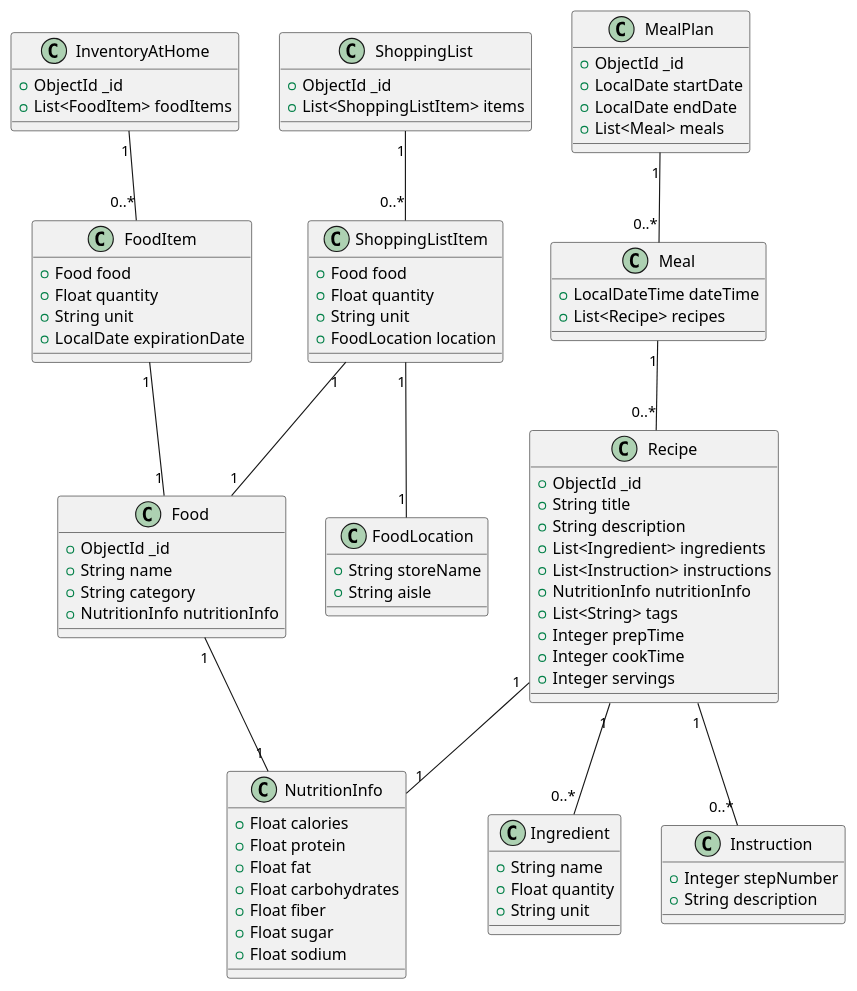
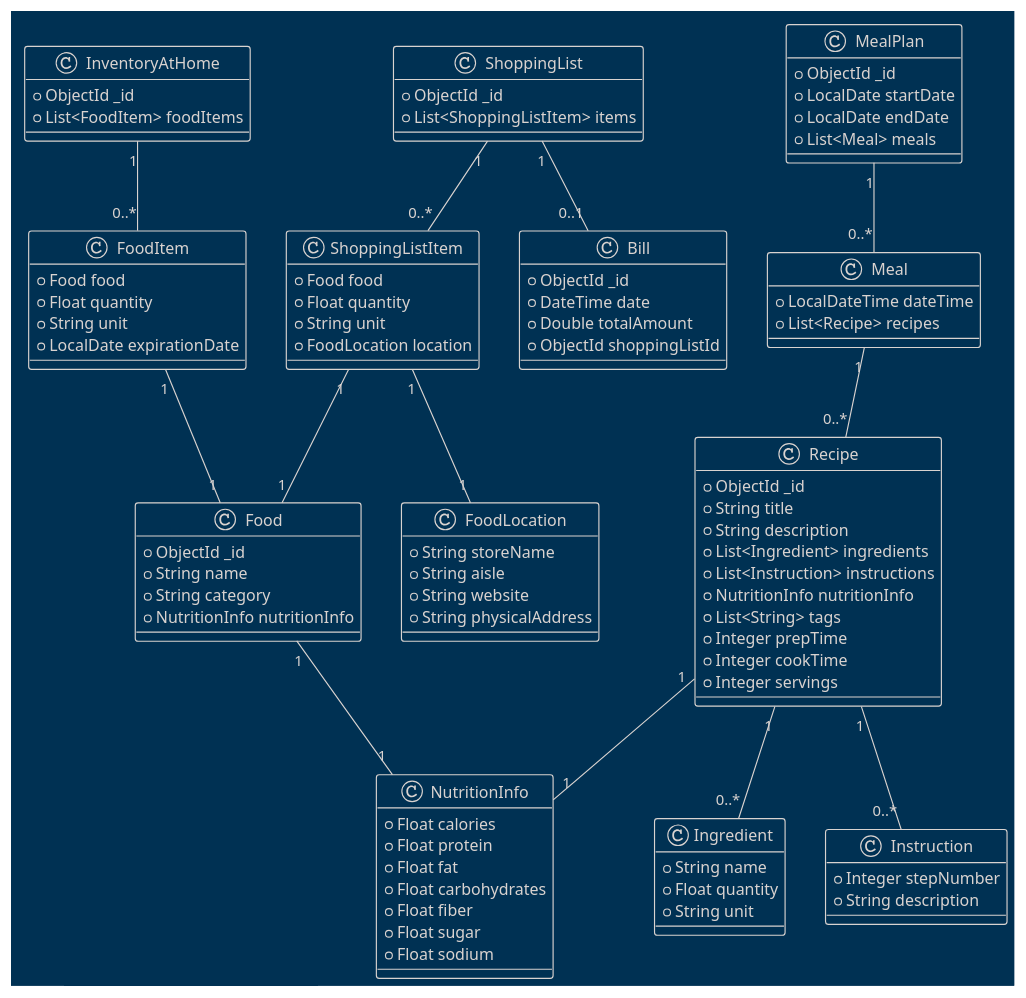
Before and after one commit to antoinebou12/FoodPlannerAPI: the diagram in docs/db.plantuml, drawn with PlantUML. The commit also changed other lines of this file, not shown here.

```diff
--- a/docs/db.plantuml
+++ b/docs/db.plantuml
@@ -3,97 +1,107 @@
 @startuml
+!theme blueprint
 
 class Recipe {
   +ObjectId _id
   +String title
   +String description
   +List<Ingredient> ingredients
   +List<Instruction> instructions
   +NutritionInfo nutritionInfo
   +List<String> tags
   +Integer prepTime
   +Integer cookTime
   +Integer servings
 }
 
 class Ingredient {
   +String name
   +Float quantity
   +String unit
 }
 
 class Instruction {
   +Integer stepNumber
   +String description
 }
 
 class NutritionInfo {
   +Float calories
   +Float protein
   +Float fat
   +Float carbohydrates
   +Float fiber
   +Float sugar
   +Float sodium
 }
 
 class Food {
   +ObjectId _id
   +String name
   +String category
   +NutritionInfo nutritionInfo
 }
 
 class MealPlan {
   +ObjectId _id
   +LocalDate startDate
   +LocalDate endDate
   +List<Meal> meals
 }
 
 class Meal {
   +LocalDateTime dateTime
   +List<Recipe> recipes
 }
 
 class InventoryAtHome {
   +ObjectId _id
   +List<FoodItem> foodItems
 }
 
 class FoodItem {
   +Food food
   +Float quantity
   +String unit
   +LocalDate expirationDate
 }
 
 class ShoppingList {
   +ObjectId _id
   +List<ShoppingListItem> items
 }
 
 class ShoppingListItem {
   +Food food
   +Float quantity
   +String unit
   +FoodLocation location
 }
 
 class FoodLocation {
   +String storeName
   +String aisle
+  +String website
+  +String physicalAddress
+}
+
+class Bill {
+  +ObjectId _id
+  +DateTime date
+  +Double totalAmount
+  +ObjectId shoppingListId
 }
 
 Recipe "1" -- "0..*" Ingredient
 Recipe "1" -- "0..*" Instruction
 Recipe "1" -- "1" NutritionInfo
 Food "1" -- "1" NutritionInfo
 MealPlan "1" -- "0..*" Meal
 Meal "1" -- "0..*" Recipe
 InventoryAtHome "1" -- "0..*" FoodItem
 FoodItem "1" -- "1" Food
 ShoppingList "1" -- "0..*" ShoppingListItem
 ShoppingListItem "1" -- "1" Food
 ShoppingListItem "1" -- "1" FoodLocation
-
+ShoppingList "1" -- "0..1" Bill
 @enduml
```
